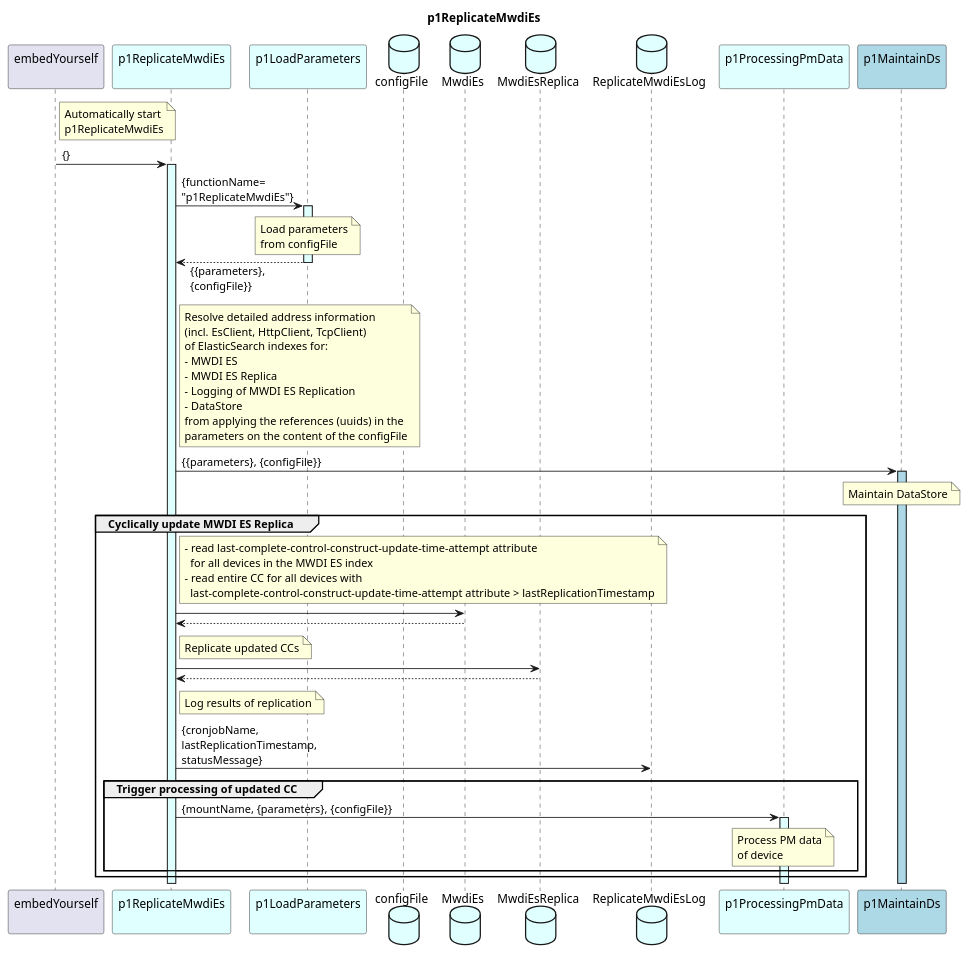
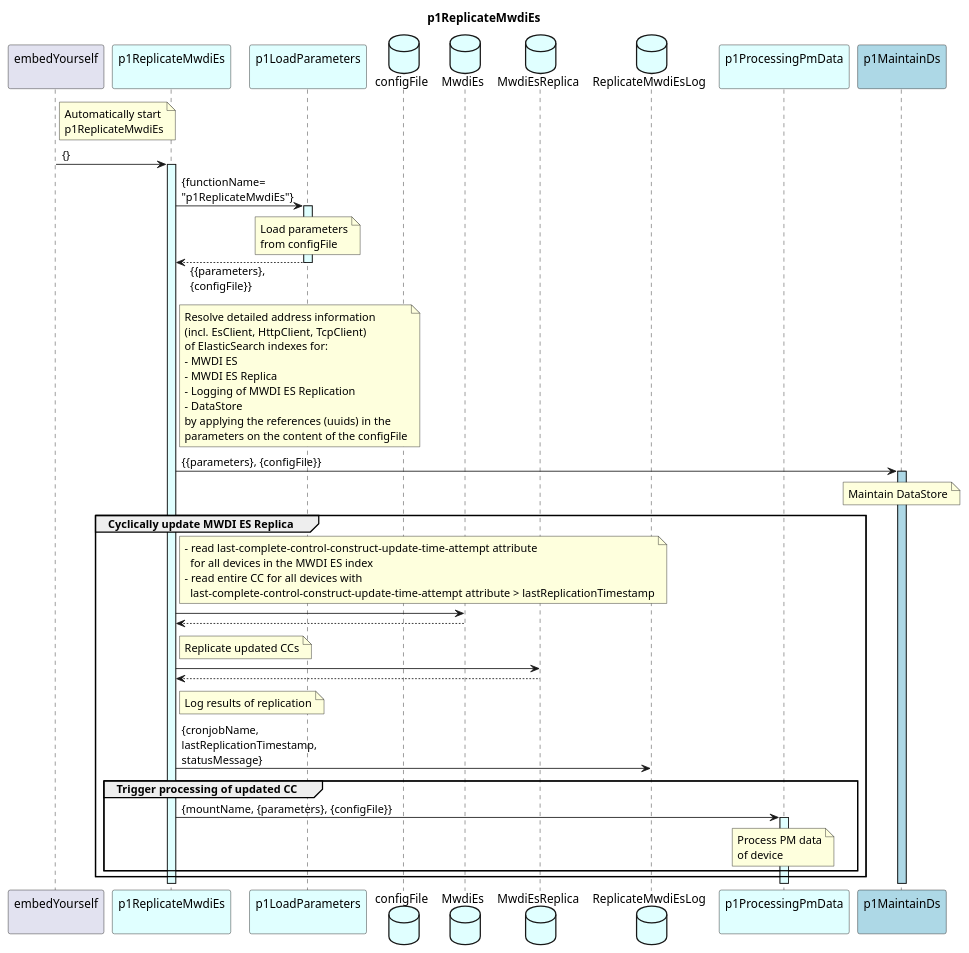
Before and after one commit to openBackhaul/DevicePerformanceManagementDataProcessor: the diagram in spec/Functions/specificFunctions/p1ReplicateMwdiEs/p1ReplicateMwdiEs.plantuml, drawn with PlantUML. The commit also changed 6 other files, not shown here.

```diff
--- a/spec/Functions/specificFunctions/p1ReplicateMwdiEs/p1ReplicateMwdiEs.plantuml
+++ b/spec/Functions/specificFunctions/p1ReplicateMwdiEs/p1ReplicateMwdiEs.plantuml
@@ -1,88 +1,88 @@
 @startuml p1ReplicateMwdiEs
 skinparam responseMessageBelowArrow true
 
 title
   p1ReplicateMwdiEs
 end title
 
 participant "embedYourself\n" as embed
 participant "p1ReplicateMwdiEs\n" as p1RMWDI #LightCyan
 participant "p1LoadParameters\n" as p1LP #LightCyan
 database "configFile" as configFile #LightCyan
 
 database "MwdiEs" as mwdiEs #LightCyan
 database "MwdiEsReplica" as mwdiEsReplica #LightCyan
 database "ReplicateMwdiEsLog" as log #LightCyan
 
 participant "p1ProcessingPmData\n" as p1ProOrch #LightCyan
 participant "p1MaintainDs\n" as p1MDS #LightBlue
 
 note right embed
   Automatically start
   p1ReplicateMwdiEs
 end note
 embed -> p1RMWDI : {}
 activate p1RMWDI #LightCyan
 
   p1RMWDI -> p1LP : {functionName=\n"p1ReplicateMwdiEs"}
   activate p1LP #LightCyan
     note over p1LP
       Load parameters
       from configFile
     end note
   p1RMWDI <-- p1LP : {{parameters},\n{configFile}}
   deactivate p1LP
 
   note right p1RMWDI
     Resolve detailed address information 
     (incl. EsClient, HttpClient, TcpClient)
     of ElasticSearch indexes for:
     - MWDI ES
     - MWDI ES Replica
     - Logging of MWDI ES Replication
     - DataStore
-    from applying the references (uuids) in the
+    by applying the references (uuids) in the
     parameters on the content of the configFile
   end note
 
   p1RMWDI -> p1MDS : {{parameters}, {configFile}}
   activate p1MDS #LightBlue
     note over p1MDS
       Maintain DataStore
     end note
 
   group Cyclically update MWDI ES Replica
 
     note right p1RMWDI
       - read last-complete-control-construct-update-time-attempt attribute
         for all devices in the MWDI ES index
       - read entire CC for all devices with
         last-complete-control-construct-update-time-attempt attribute > lastReplicationTimestamp
     end note
     p1RMWDI -> mwdiEs
     p1RMWDI <-- mwdiEs
 
     note right p1RMWDI
       Replicate updated CCs
     end note
     p1RMWDI -> mwdiEsReplica
     p1RMWDI <-- mwdiEsReplica
 
     note right p1RMWDI
       Log results of replication
     end note
     p1RMWDI -> log : {cronjobName,\nlastReplicationTimestamp,\nstatusMessage}
 
 
     group Trigger processing of updated CC
       p1RMWDI -> p1ProOrch : {mountName, {parameters}, {configFile}}
       activate p1ProOrch #LightCyan
         note over p1ProOrch
           Process PM data
           of device
         end note
     end
 
   end
 
 @enduml
```
